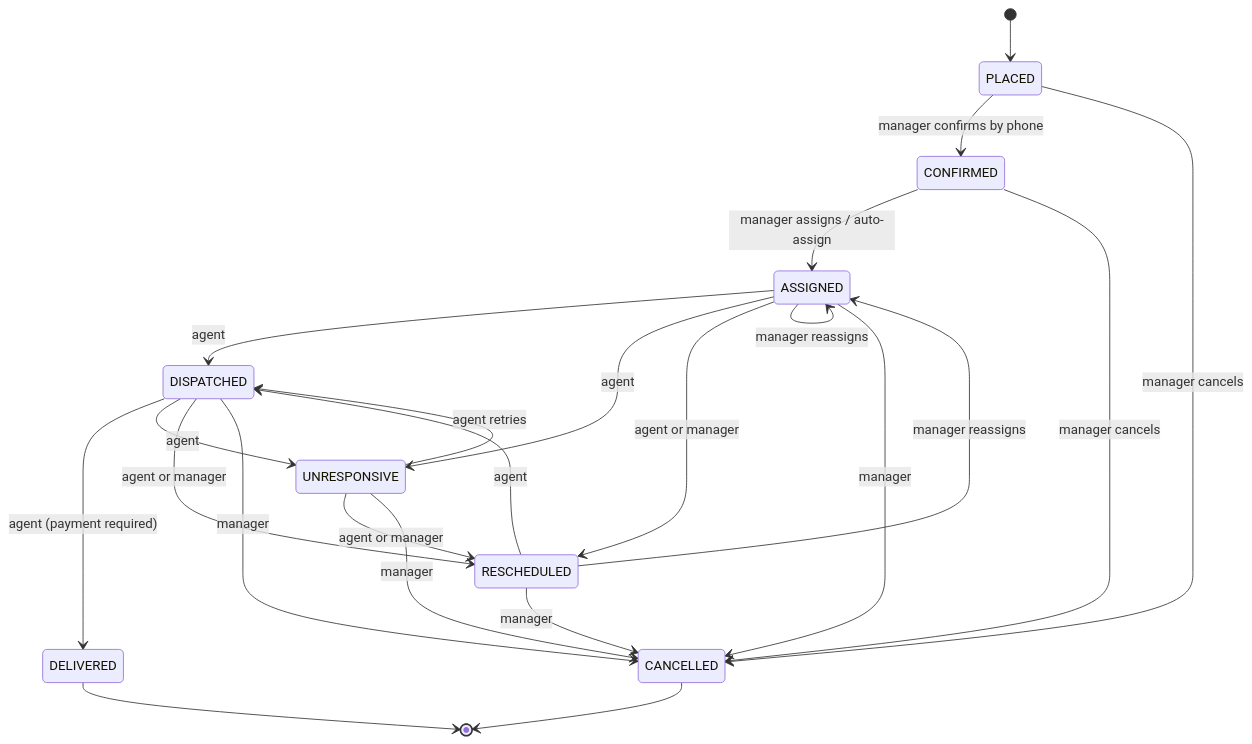
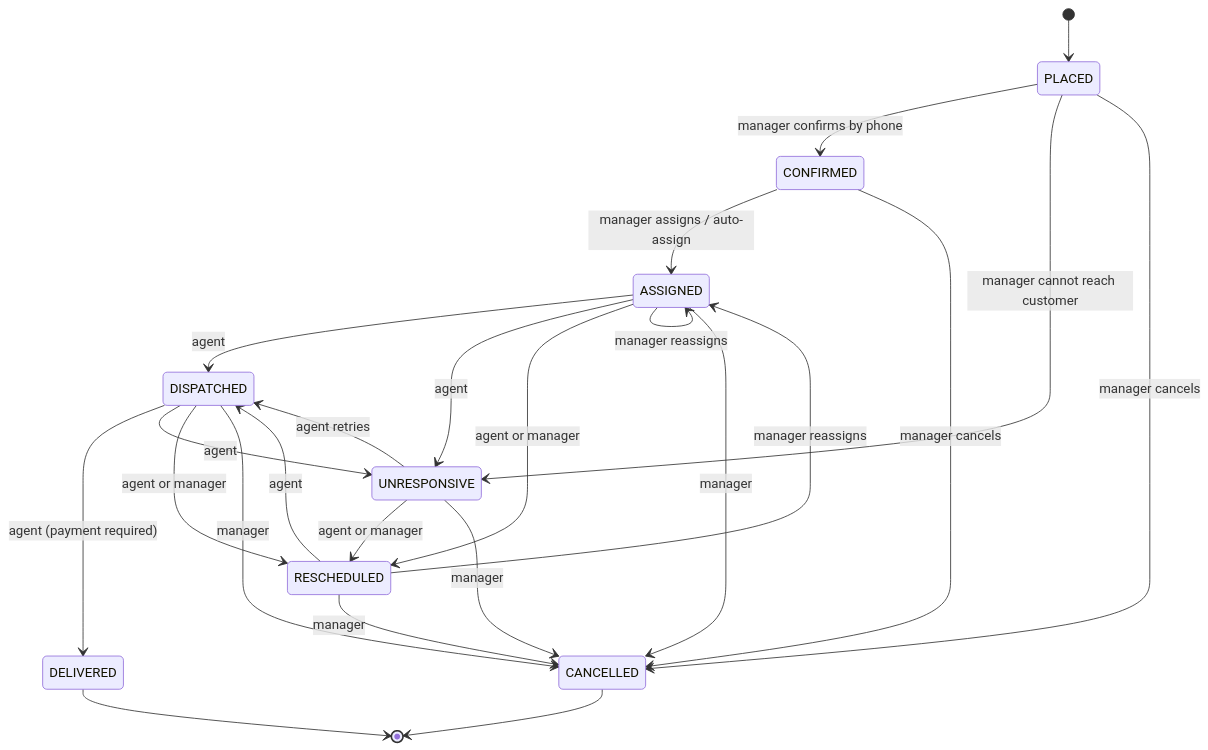
The diagram in docs/ORDER_LIFECYCLE.md (Geoduor/OADL), drawn with Mermaid before and after one commit. The commit also changed other lines of this file and 1 other file, not shown here.

First line of the commit message:
docs: unreachable customer at confirmation becomes UNRESPONSIVE

````diff
--- a/docs/ORDER_LIFECYCLE.md
+++ b/docs/ORDER_LIFECYCLE.md
@@ -20,25 +20,26 @@
 ```mermaid
 stateDiagram-v2
     [*] --> PLACED
     PLACED --> CONFIRMED: manager confirms by phone
+    PLACED --> UNRESPONSIVE: manager cannot reach customer
     CONFIRMED --> ASSIGNED: manager assigns / auto-assign
     CONFIRMED --> CANCELLED: manager cancels
     PLACED --> CANCELLED: manager cancels
     ASSIGNED --> DISPATCHED: agent
     ASSIGNED --> UNRESPONSIVE: agent
     ASSIGNED --> RESCHEDULED: agent or manager
     ASSIGNED --> ASSIGNED: manager reassigns
     ASSIGNED --> CANCELLED: manager
     DISPATCHED --> DELIVERED: agent (payment required)
     DISPATCHED --> UNRESPONSIVE: agent
     DISPATCHED --> RESCHEDULED: agent or manager
     DISPATCHED --> CANCELLED: manager
     UNRESPONSIVE --> RESCHEDULED: agent or manager
     UNRESPONSIVE --> DISPATCHED: agent retries
     UNRESPONSIVE --> CANCELLED: manager
     RESCHEDULED --> DISPATCHED: agent
     RESCHEDULED --> ASSIGNED: manager reassigns
     RESCHEDULED --> CANCELLED: manager
     DELIVERED --> [*]
     CANCELLED --> [*]
 ```
````
